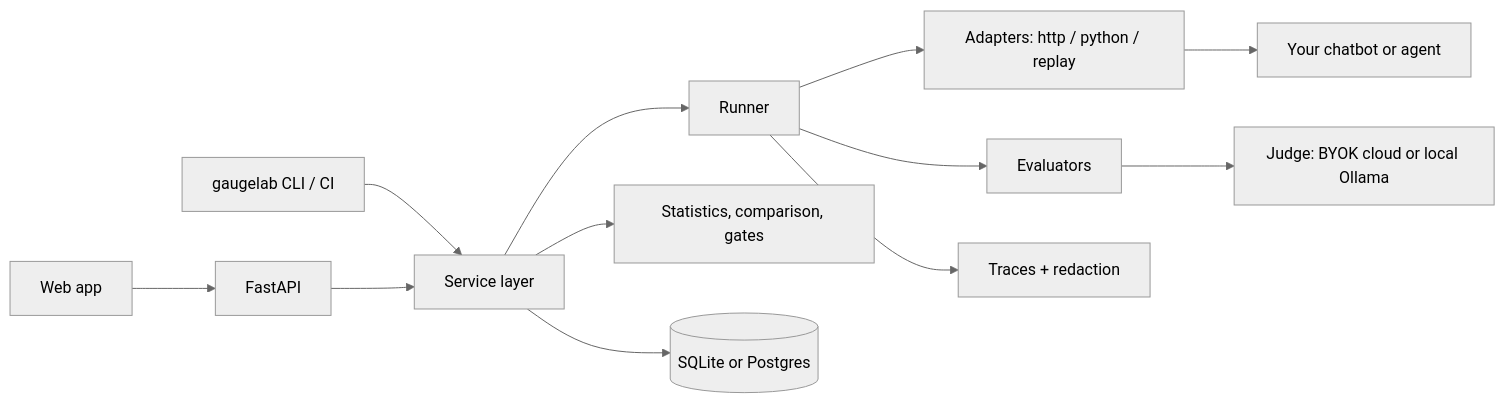
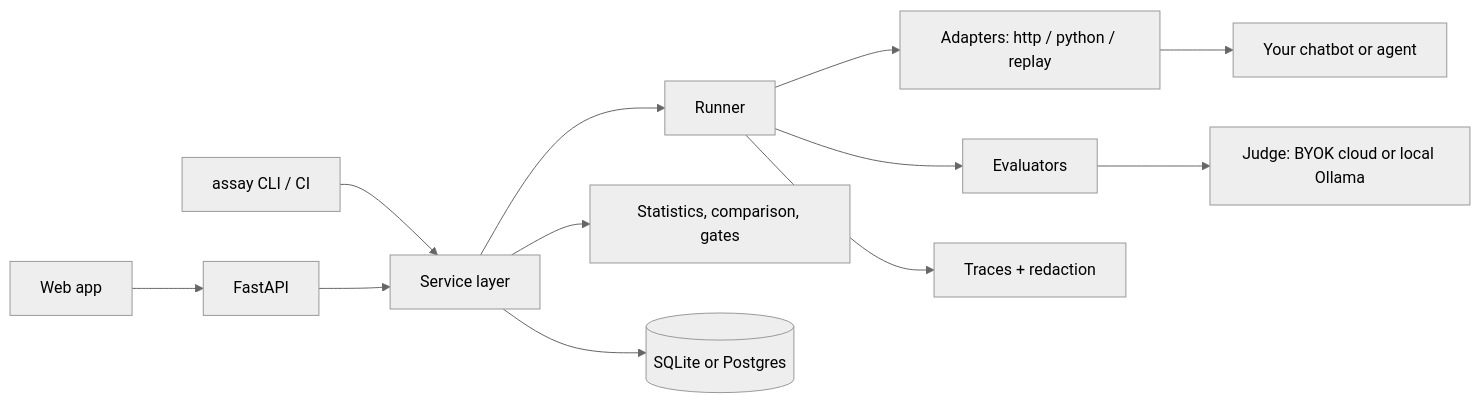
The diagram in README.md (wenhaoyay/assay), drawn with Mermaid (neutral theme) before and after one commit. The commit also changed other lines of this file and 190 other files, not shown here.

````diff
--- a/README.md
+++ b/README.md
@@ -94,11 +94,11 @@
 ```mermaid
 flowchart LR
   UI[Web app] --> API[FastAPI]
-  CLI[gaugelab CLI / CI] --> SVC
+  CLI[assay CLI / CI] --> SVC
   API --> SVC[Service layer]
   SVC --> RUN[Runner] --> AD[Adapters: http / python / replay] --> T[Your chatbot or agent]
   RUN --> EV[Evaluators] --> J[Judge: BYOK cloud or local Ollama]
   RUN --> TR[Traces + redaction]
   SVC --> STAT[Statistics, comparison, gates]
   SVC --> DB[(SQLite or Postgres)]
 ```
````
